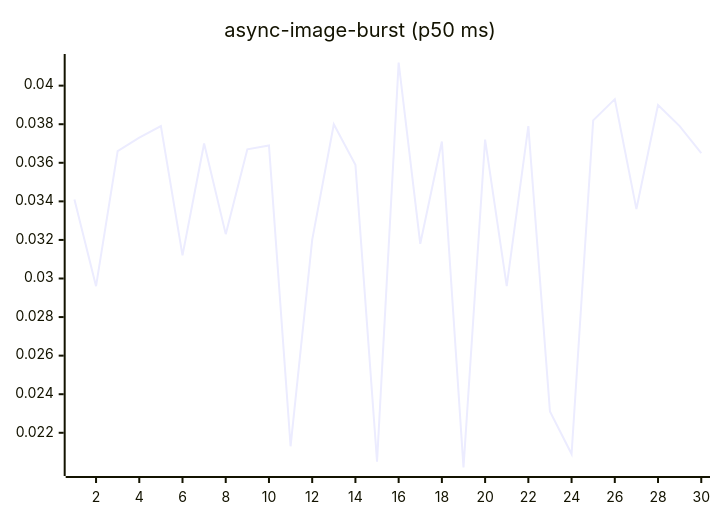
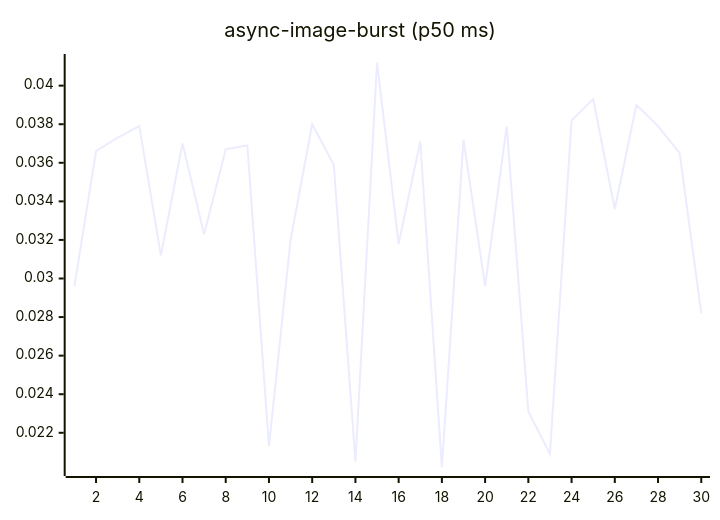
One commit to josha/Facet changed the fourth of 27 diagrams in README.md. Above: the diagram before and after it, drawn with Mermaid. The commit also changed other lines of this file and 2 other files, not shown here.

````diff
--- a/README.md
+++ b/README.md
@@ -84,6 +84,6 @@
 ```mermaid
 xychart-beta
     title "async-image-burst (p50 ms)"
     x-axis 1 --> 30
-    line [0.0341, 0.0296, 0.0366, 0.0373, 0.0379, 0.0312, 0.0370, 0.0323, 0.0367, 0.0369, 0.0213, 0.0320, 0.0380, 0.0359, 0.0205, 0.0412, 0.0318, 0.0371, 0.0202, 0.0372, 0.0296, 0.0379, 0.0231, 0.0209, 0.0382, 0.0393, 0.0336, 0.0390, 0.0379, 0.0365]
+    line [0.0296, 0.0366, 0.0373, 0.0379, 0.0312, 0.0370, 0.0323, 0.0367, 0.0369, 0.0213, 0.0320, 0.0380, 0.0359, 0.0205, 0.0412, 0.0318, 0.0371, 0.0202, 0.0372, 0.0296, 0.0379, 0.0231, 0.0209, 0.0382, 0.0393, 0.0336, 0.0390, 0.0379, 0.0365, 0.0282]
 ```
````
